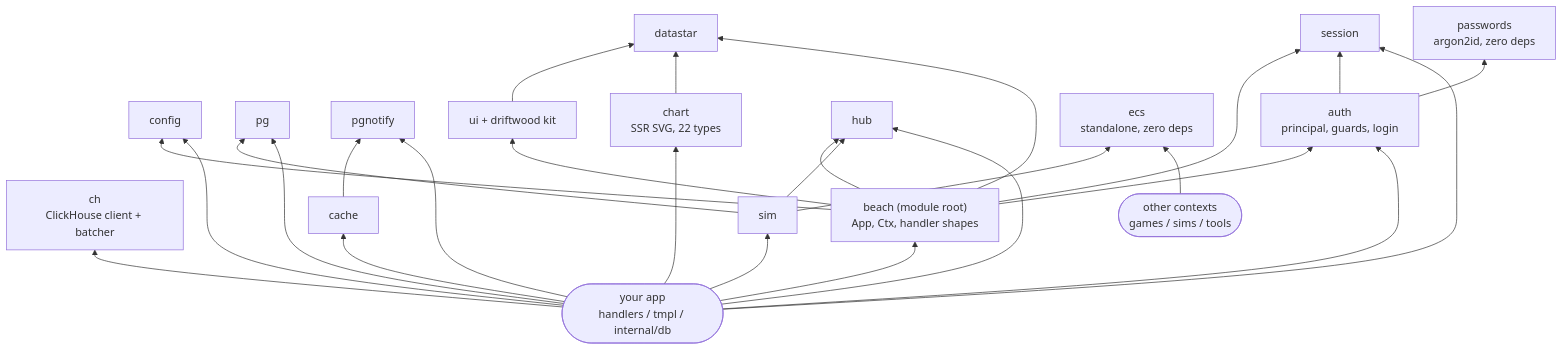
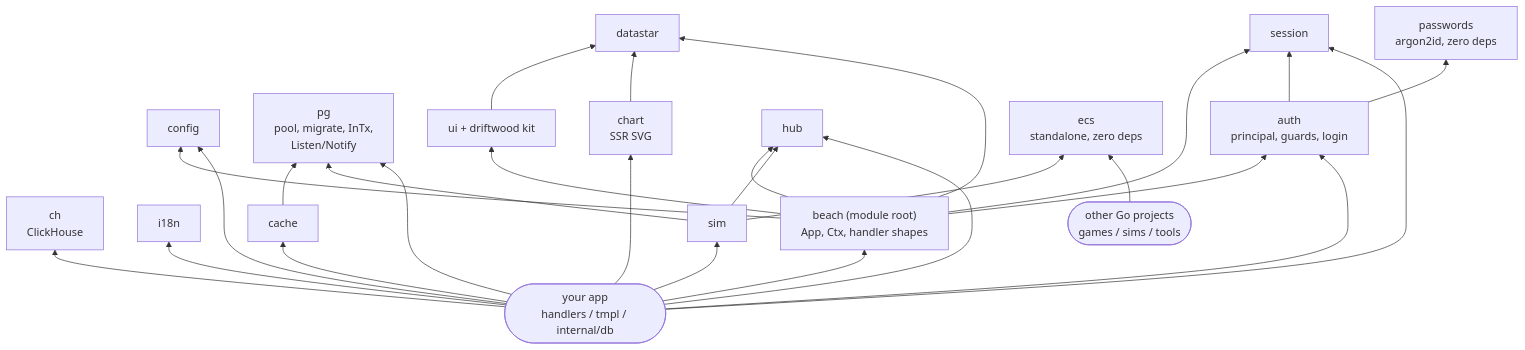
One commit to ThirdCoastInteractive/Beach changed the second of 2 diagrams in docs/README.md. Above: the diagram before and after it, drawn with Mermaid. The commit also changed other lines of this file and 18 other files, not shown here.

````diff
--- a/docs/README.md
+++ b/docs/README.md
@@ -46,47 +46,47 @@
 ```mermaid
 flowchart BT
     config["config"]
-    pg["pg"]
-    pgnotify["pgnotify"]
+    pg["pg<br/>pool, migrate, InTx,<br/>Listen/Notify"]
     datastar["datastar"]
     ui["ui + driftwood kit"]
-    chart["chart<br/>SSR SVG, 22 types"]
-    ch["ch<br/>ClickHouse client + batcher"]
+    chart["chart<br/>SSR SVG"]
+    ch["ch<br/>ClickHouse"]
+    i18n["i18n"]
     beach["beach (module root)<br/>App, Ctx, handler shapes"]
     hub["hub"]
     cache["cache"]
     session["session"]
     passwords["passwords<br/>argon2id, zero deps"]
     auth["auth<br/>principal, guards, login"]
     ecs["ecs<br/>standalone, zero deps"]
     sim["sim"]
     app(["your app<br/>handlers / tmpl / internal/db"])
-    other(["other contexts<br/>games / sims / tools"])
+    other(["other Go projects<br/>games / sims / tools"])
 
     ui --> datastar
     chart --> datastar
     beach --> ui
     beach --> datastar
     beach --> config
     beach --> session
     beach --> hub
     beach --> auth
     auth --> passwords
     auth --> session
-    cache --> pgnotify
+    cache --> pg
     sim --> ecs
     sim --> hub
     sim --> pg
     app --> beach
     app --> hub
     app --> cache
     app --> session
     app --> auth
     app --> sim
     app --> chart
     app --> ch
+    app --> i18n
     app --> pg
-    app --> pgnotify
     app --> config
     other --> ecs
 ```
````
